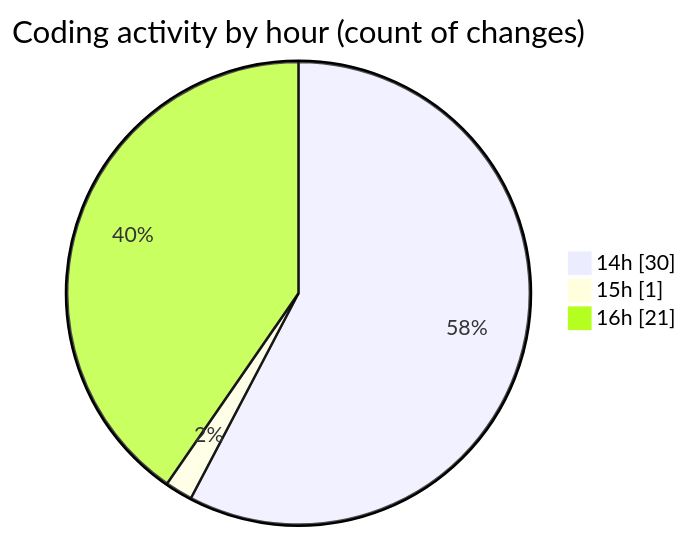
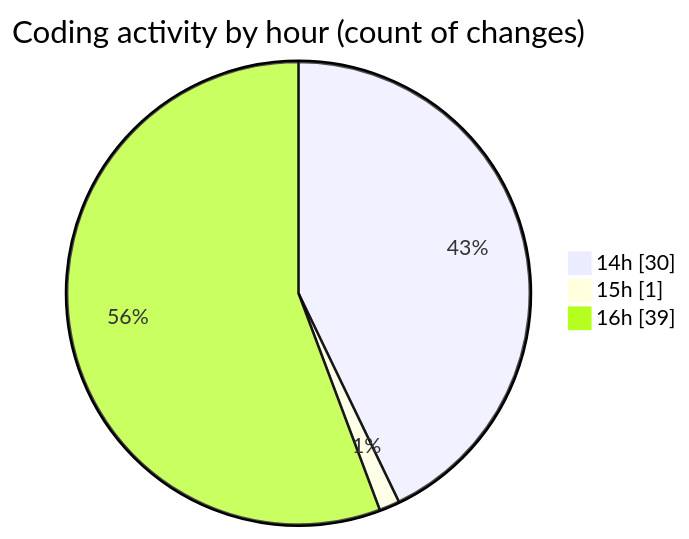
One commit to Ritupan-Deka/code-tracking changed the second of 2 diagrams in 2025-05-03/projects/README.md. Above: the diagram before and after it, drawn with Mermaid. The commit also changed other lines of this file and 1 other file, not shown here.

````diff
--- a/2025-05-03/projects/README.md
+++ b/2025-05-03/projects/README.md
@@ -43,7 +43,7 @@
 ```mermaid
 pie showData
 title Coding activity by hour (count of changes)
 "14h" : 30
 "15h" : 1
-"16h" : 21
+"16h" : 39
 ```
````
